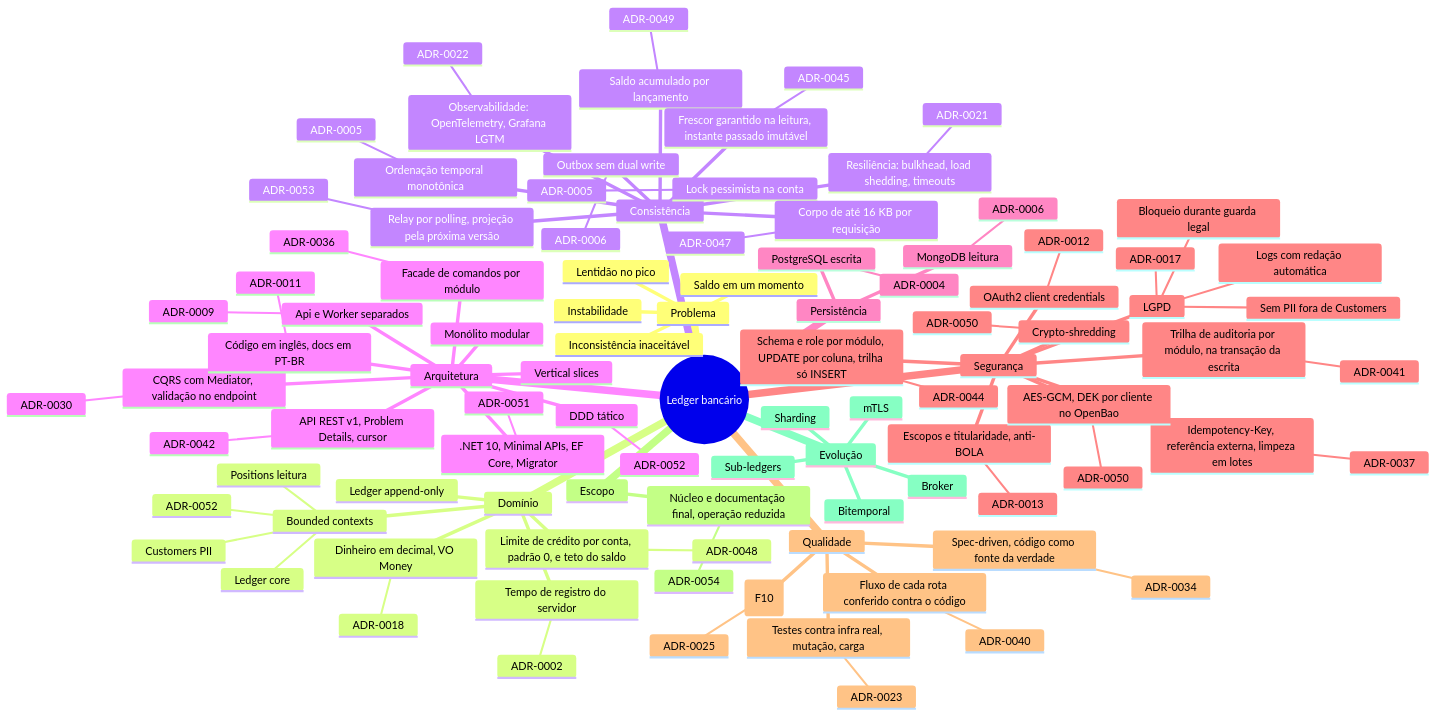
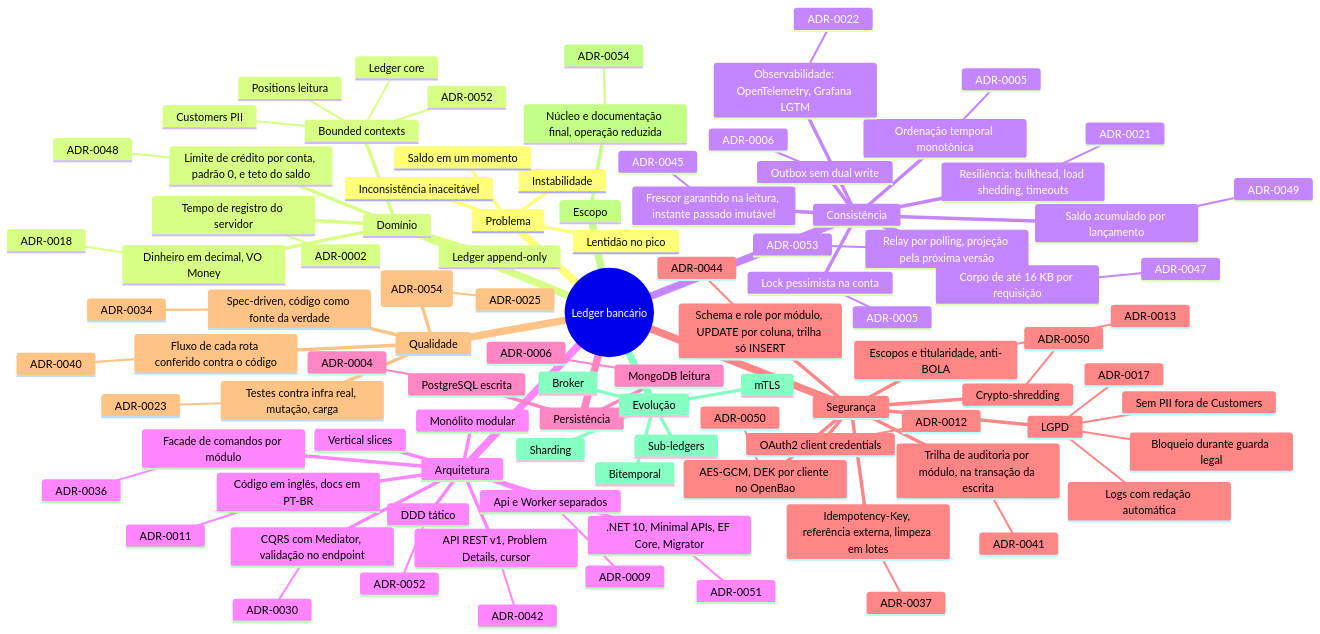
The first of 2 diagrams in docs/mapa-de-decisoes.md (arthuurw/desafio-arquiteto-keyrus), drawn with Mermaid before and after one commit. The commit also changed other lines of this file and 9 other files, not shown here.

```diff
--- a/docs/mapa-de-decisoes.md
+++ b/docs/mapa-de-decisoes.md
@@ -110,7 +110,7 @@
         ADR-0034
       Fluxo de cada rota conferido contra o código
         ADR-0040
-      Zero warnings, NuGet Audit, CI; CodeQL previsto (F10)
+      Zero warnings, NuGet Audit, CI; CodeQL fora da entrega (ADR-0054)
         ADR-0025
     Escopo
       Núcleo e documentação final, operação reduzida
```
